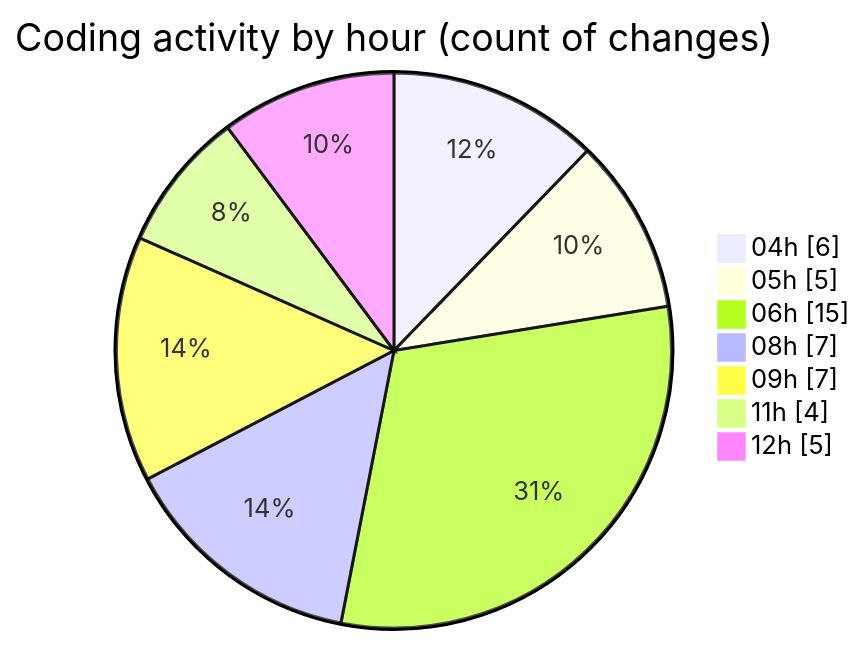
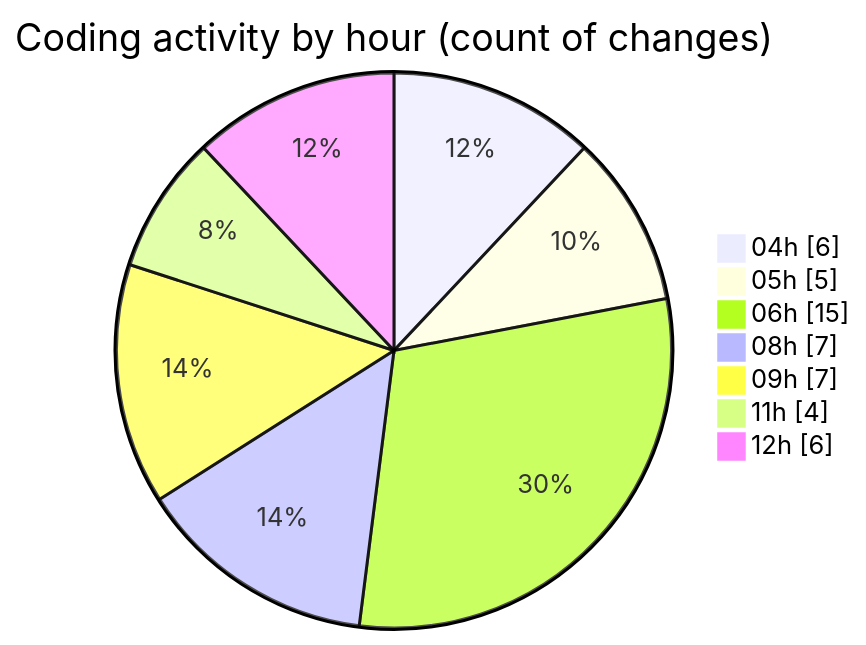
The second of 2 diagrams in 2025-03-23/zeytoon/README.md (vahidmafi/code-tracking), drawn with Mermaid before and after one commit. The commit also changed other lines of this file and 1 other file, not shown here.

````diff
--- a/2025-03-23/zeytoon/README.md
+++ b/2025-03-23/zeytoon/README.md
@@ -39,11 +39,11 @@
 ```mermaid
 pie showData
 title Coding activity by hour (count of changes)
 "04h" : 6
 "05h" : 5
 "06h" : 15
 "08h" : 7
 "09h" : 7
 "11h" : 4
-"12h" : 5
+"12h" : 6
 ```
````
